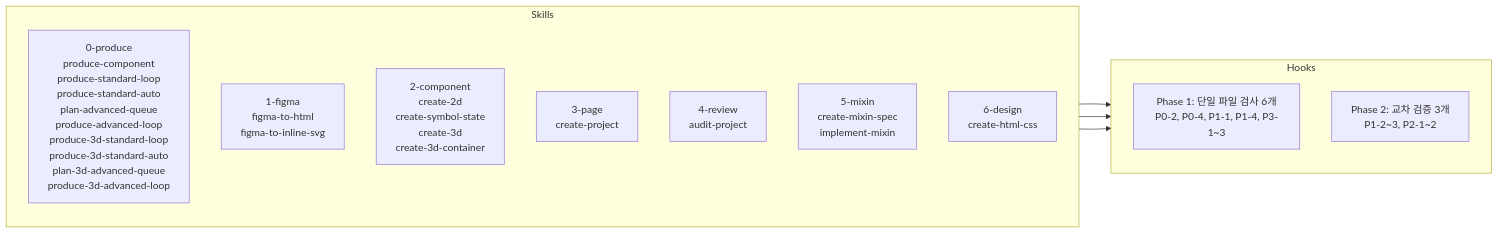
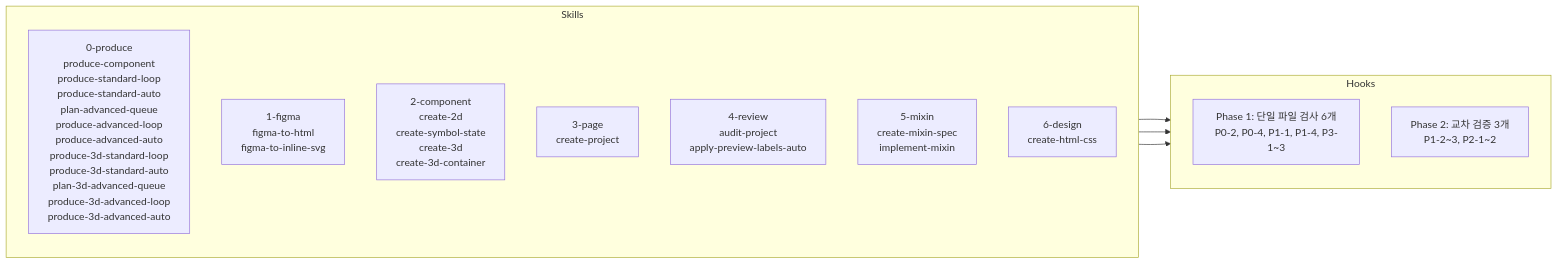
Before and after one commit to dysong-lab/WEB_BUILDER_TOOLKIT: the second of 2 diagrams in CLAUDE.md, drawn with Mermaid. The commit also changed other lines of this file and 40 other files, not shown here.

````diff
--- a/CLAUDE.md
+++ b/CLAUDE.md
@@ -29,23 +29,23 @@
 ```mermaid
 flowchart LR
     subgraph Skills
         direction TB
-        S0[0-produce<br/>produce-component<br/>produce-standard-loop<br/>produce-standard-auto<br/>plan-advanced-queue<br/>produce-advanced-loop<br/>produce-3d-standard-loop<br/>produce-3d-standard-auto<br/>plan-3d-advanced-queue<br/>produce-3d-advanced-loop]
+        S0[0-produce<br/>produce-component<br/>produce-standard-loop<br/>produce-standard-auto<br/>plan-advanced-queue<br/>produce-advanced-loop<br/>produce-advanced-auto<br/>produce-3d-standard-loop<br/>produce-3d-standard-auto<br/>plan-3d-advanced-queue<br/>produce-3d-advanced-loop<br/>produce-3d-advanced-auto]
         S1[1-figma<br/>figma-to-html<br/>figma-to-inline-svg]
         S2[2-component<br/>create-2d<br/>create-symbol-state<br/>create-3d<br/>create-3d-container]
         S3[3-page<br/>create-project]
-        S4[4-review<br/>audit-project]
+        S4[4-review<br/>audit-project<br/>apply-preview-labels-auto]
         S5[5-mixin<br/>create-mixin-spec<br/>implement-mixin]
         S6[6-design<br/>create-html-css]
     end
 
     subgraph Hooks
         direction TB
         H1[Phase 1: 단일 파일 검사 6개<br/>P0-2, P0-4, P1-1, P1-4, P3-1~3]
         H2[Phase 2: 교차 검증 3개<br/>P1-2~3, P2-1~2]
     end
 
     S2 --> H1
     S2 --> H2
     S3 --> H2
 ```
````
